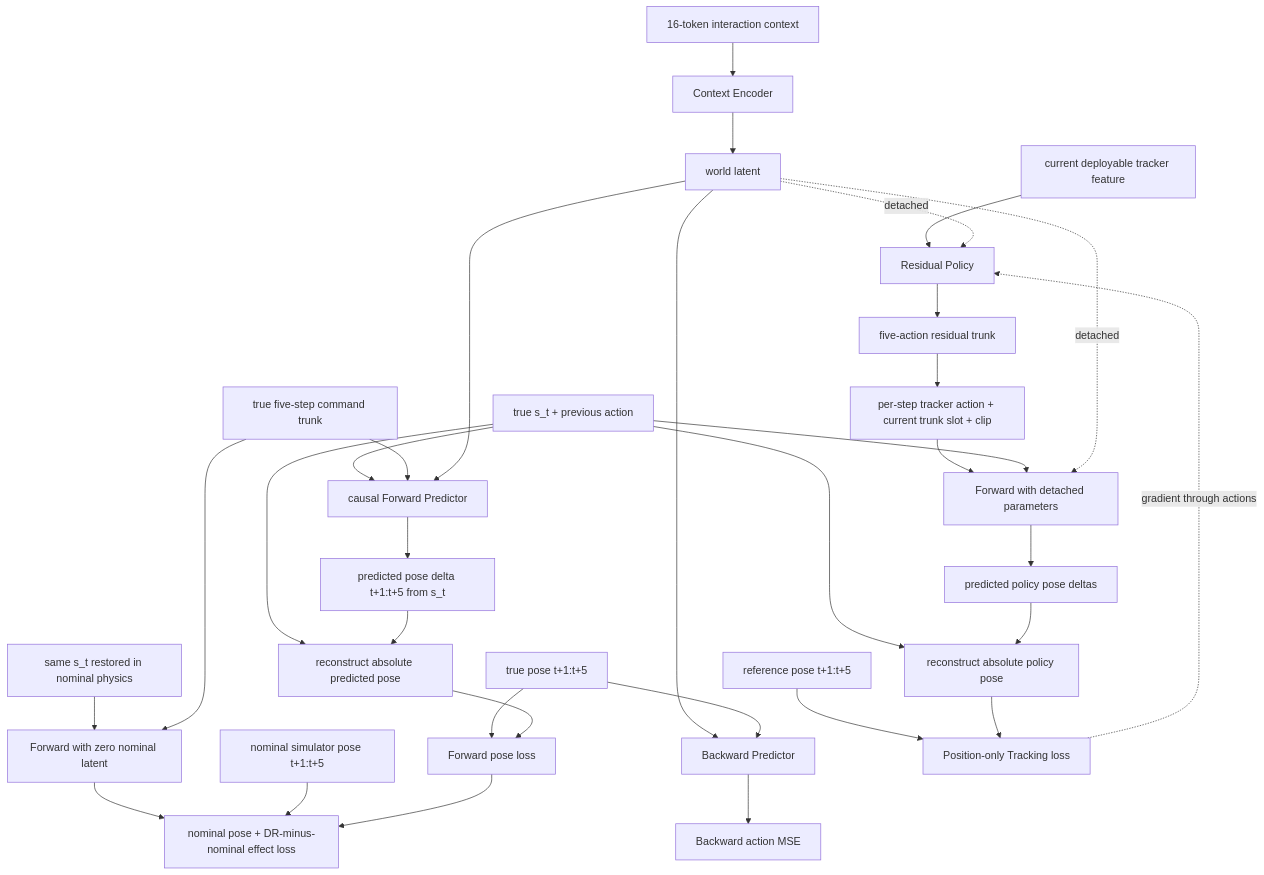
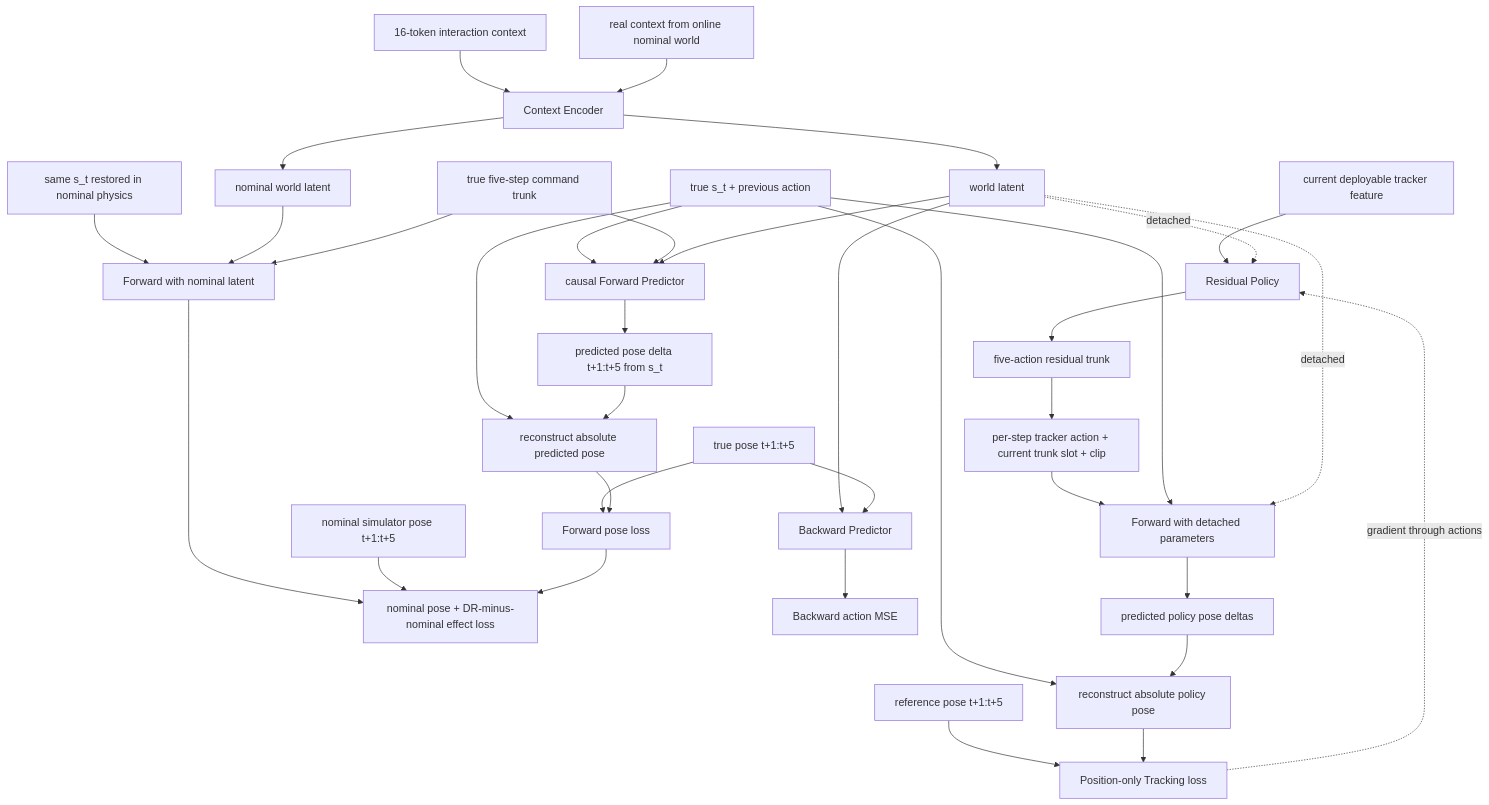
Before and after one commit to mwondering/intact-tracking: the diagram in docs/residual_training_flow.md, drawn with Mermaid. The commit also changed other lines of this file and 9 other files, not shown here.

Commit message:
Train with real nominal interaction contexts

````diff
--- a/docs/residual_training_flow.md
+++ b/docs/residual_training_flow.md
@@ -69,38 +73,41 @@
 ```mermaid
 flowchart TB
     C[16-token interaction context] --> CE[Context Encoder]
     CE --> W[world latent]
 
     S[true s_t + previous action] --> F[causal Forward Predictor]
     A[true five-step command trunk] --> F
     W --> F
     F --> DF[predicted pose delta t+1:t+5 from s_t]
     S --> RF[reconstruct absolute predicted pose]
     DF --> RF
     ST[true pose t+1:t+5] --> LF[Forward pose loss]
     RF --> LF
 
-    SN[same s_t restored in nominal physics] --> FN[Forward with zero nominal latent]
+    CN[real context from online nominal world] --> CE
+    CE --> WN[nominal world latent]
+    SN[same s_t restored in nominal physics] --> FN[Forward with nominal latent]
+    WN --> FN
     A --> FN
     FN --> LN[nominal pose + DR-minus-nominal effect loss]
     STN[nominal simulator pose t+1:t+5] --> LN
     LF --> LN
 
     W --> B[Backward Predictor]
     ST --> B
     B --> LB[Backward action MSE]
 
     O[current deployable tracker feature] --> P[Residual Policy]
     W -. detached .-> P
     P --> RT[five-action residual trunk]
     RT --> AC[per-step tracker action + current trunk slot + clip]
     AC --> FF[Forward with detached parameters]
     S --> FF
     W -. detached .-> FF
     FF --> DP[predicted policy pose deltas]
     S --> RP[reconstruct absolute policy pose]
     DP --> RP
     R[reference pose t+1:t+5] --> LT[Position-only Tracking loss]
     RP --> LT
     LT -. gradient through actions .-> P
 ```
````
